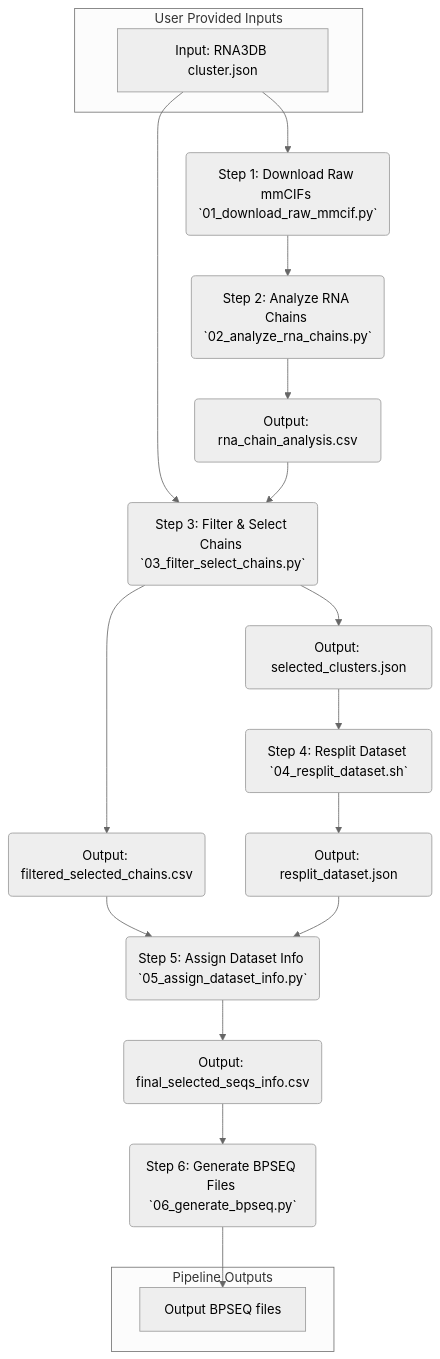
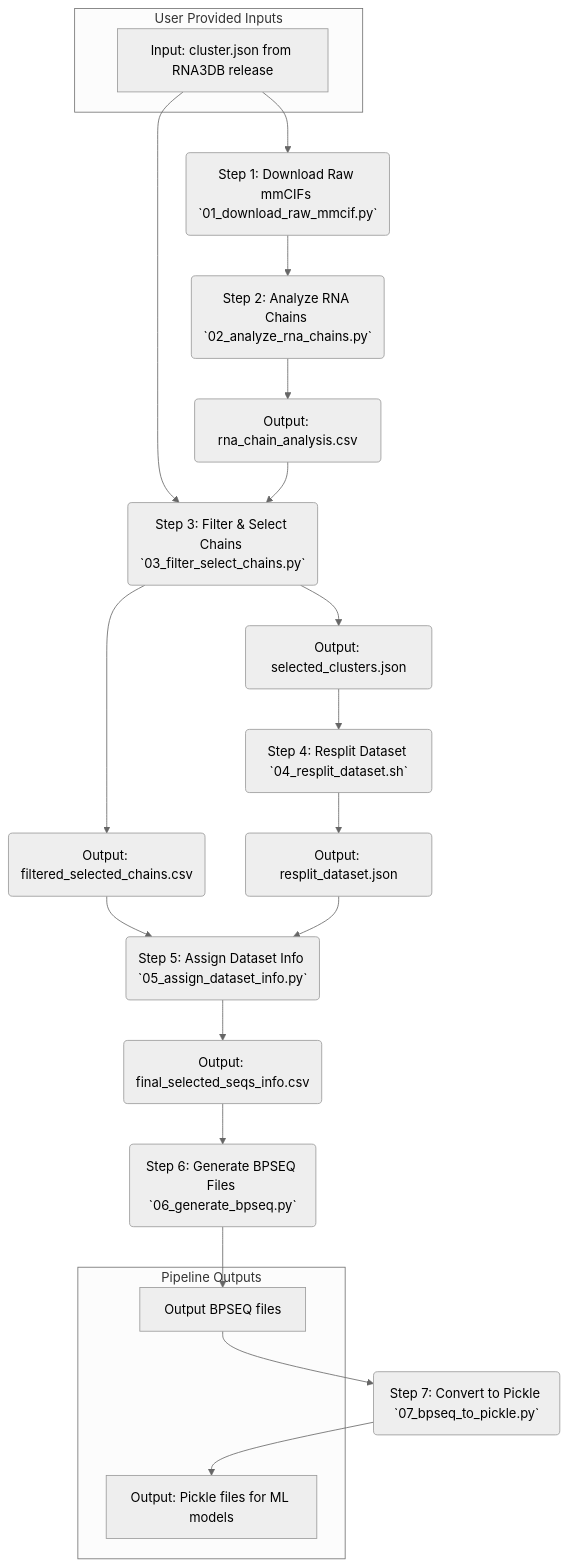
Before and after one commit to ZYZhang17/RNA3DB-2D-Structures: the diagram in README.md, drawn with Mermaid (neutral theme). The commit also changed other lines of this file and 5 other files, not shown here.

````diff
--- a/README.md
+++ b/README.md
@@ -23,25 +22,27 @@
 ```mermaid
 graph TD
-    A[Input: RNA3DB cluster.json] --> B(Step 1: Download Raw mmCIFs `01_download_raw_mmcif.py`);
+    A[Input: cluster.json from RNA3DB release] --> B(Step 1: Download Raw mmCIFs `01_download_raw_mmcif.py`);
     B --> C(Step 2: Analyze RNA Chains `02_analyze_rna_chains.py`);
     C --> D(Output: rna_chain_analysis.csv);
     A --> E(Step 3: Filter & Select Chains `03_filter_select_chains.py`);
     D --> E;
     E --> F(Output: filtered_selected_chains.csv);
     E --> G(Output: selected_clusters.json);
     G --> H(Step 4: Resplit Dataset `04_resplit_dataset.sh`);
     H --> I(Output: resplit_dataset.json);
     F --> J(Step 5: Assign Dataset Info `05_assign_dataset_info.py`);
     I --> J;
     J --> K(Output: final_selected_seqs_info.csv);
     K --> L(Step 6: Generate BPSEQ Files `06_generate_bpseq.py`);
-    L --> M[Output BPSEQ files];  
+    L --> M[Output BPSEQ files];
+    M --> N(Step 7: Convert to Pickle `07_bpseq_to_pickle.py`);
+    N --> O[Output: Pickle files for ML models];  
 
     subgraph "User Provided Inputs"
         A
     end
     subgraph "Pipeline Outputs"
         M
+        O
     end
-
 ```
````
